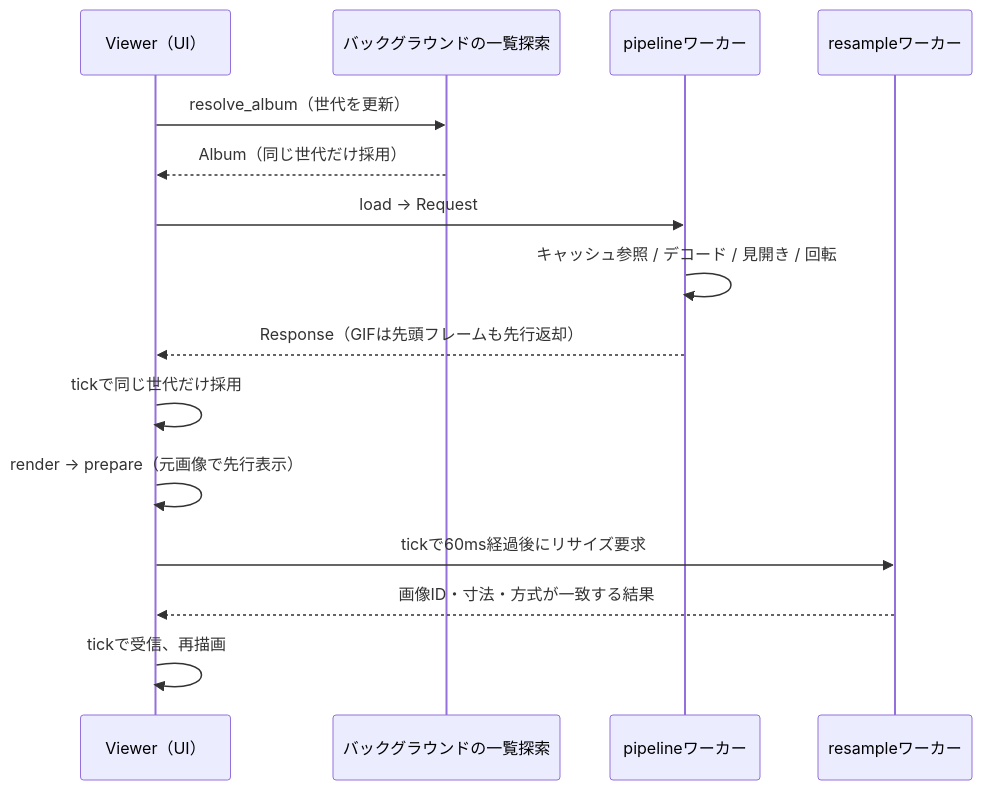
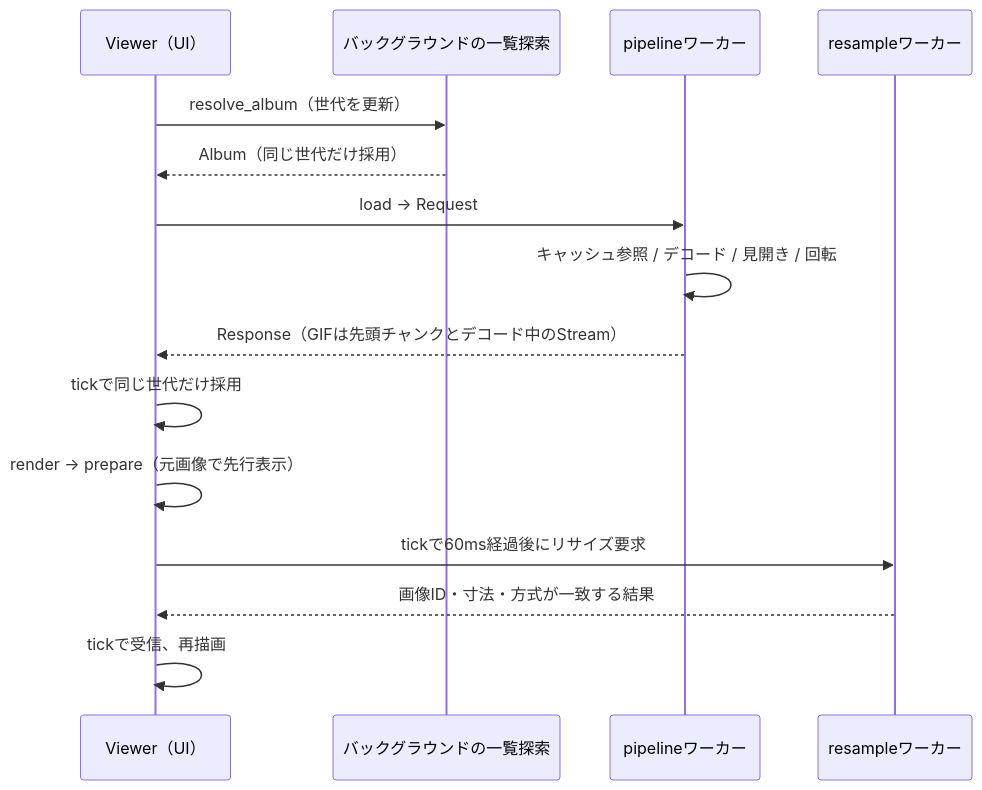
The diagram in docs/architecture.md (PyYoshi/nagame-rs), drawn with Mermaid before and after one commit. The commit also changed other lines of this file and 20 other files, not shown here.

````diff
--- a/docs/architecture.md
+++ b/docs/architecture.md
@@ -29,17 +31,17 @@
 ```mermaid
 sequenceDiagram
     participant V as Viewer（UI）
     participant A as バックグラウンドの一覧探索
     participant D as pipelineワーカー
     participant R as resampleワーカー
     V->>A: resolve_album（世代を更新）
     A-->>V: Album（同じ世代だけ採用）
     V->>D: load → Request
     D->>D: キャッシュ参照 / デコード / 見開き / 回転
-    D-->>V: Response（GIFは先頭フレームも先行返却）
+    D-->>V: Response（GIFは先頭チャンクとデコード中のStream）
     V->>V: tickで同じ世代だけ採用
     V->>V: render → prepare（元画像で先行表示）
     V->>R: tickで60ms経過後にリサイズ要求
     R-->>V: 画像ID・寸法・方式が一致する結果
     V->>V: tickで受信、再描画
 ```
````
